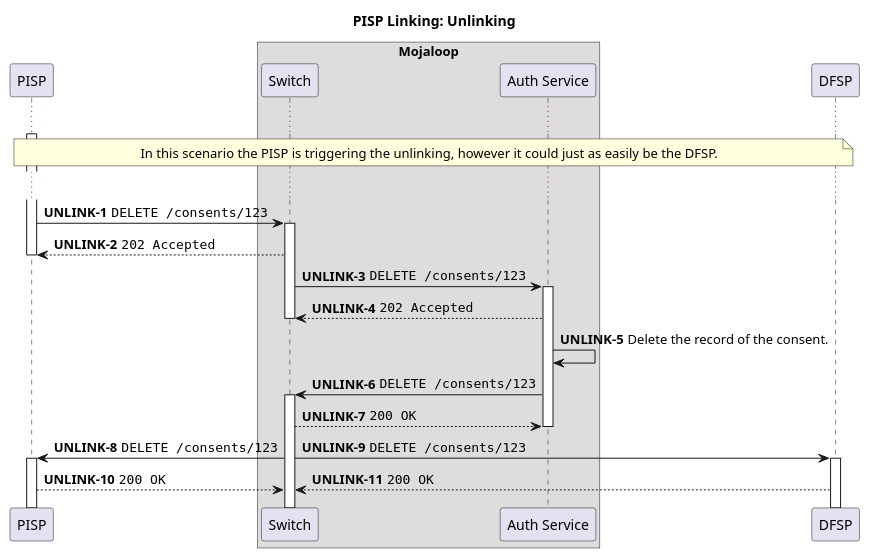
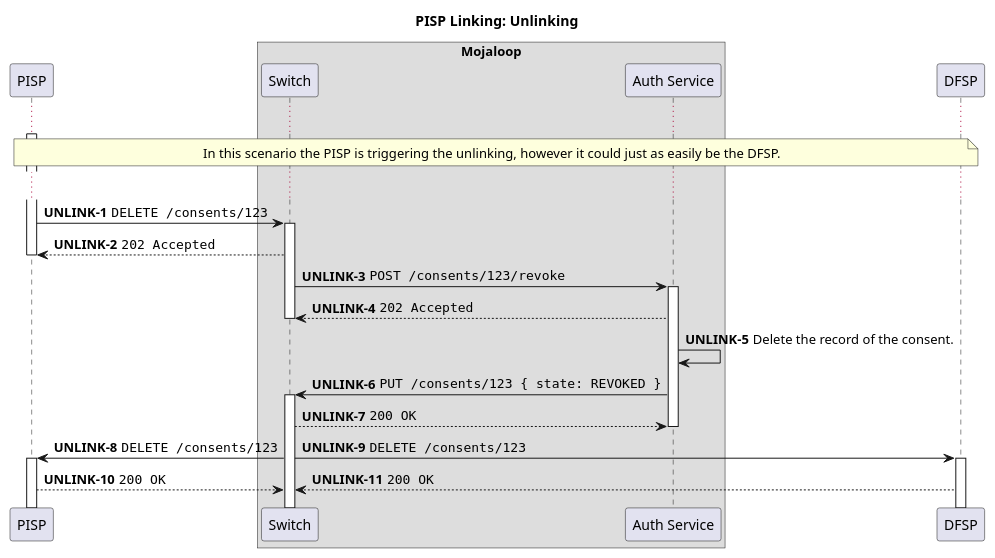
The diagram in docs/linking/unlinking.puml (mojaloop/pisp-project), drawn with PlantUML before and after one commit.

Commit message:
Update unlinking.puml
Changes reflect the fact that Consent is not being DELETED in Auth-Service but revoked

```diff
--- a/docs/linking/unlinking.puml
+++ b/docs/linking/unlinking.puml
@@ -1,51 +1,51 @@
 @startuml
 
 !pragma teoz true
 
 title PISP Linking: Unlinking
 
 participant "PISP" as PISP
 
 box "Mojaloop"
     participant Switch
     participant "Auth Service" as Auth
 end box
 
 participant "DFSP" as DFSP
 
 autonumber 1 "<b>UNLINK-#</b>"
 
 activate PISP
 
 ...
 
 note over PISP, DFSP
   In this scenario the PISP is triggering the unlinking, however it could just as easily be the DFSP.
 end note
 
 ...
 
 PISP -> Switch ++: ""DELETE /consents/123""
 Switch --> PISP: ""202 Accepted""
 deactivate PISP
 
 ' TODO: Do we include the ALS lookup here to figure out which Auth service is
 ' responsible for the given Consent?
 
-Switch -> Auth ++:  ""DELETE /consents/123""
+Switch -> Auth ++:  ""POST /consents/123/revoke""
 Auth --> Switch: ""202 Accepted""
 deactivate Switch
 
 Auth -> Auth: Delete the record of the consent.
 
-Auth -> Switch ++: ""DELETE /consents/123""
+Auth -> Switch ++: ""PUT /consents/123 { state: REVOKED }""
 Switch --> Auth: ""200 OK""
 deactivate Auth
 
 Switch -> PISP ++: ""DELETE /consents/123""
 & Switch -> DFSP ++: ""DELETE /consents/123""
 
 PISP --> Switch: ""200 OK""
 & DFSP --> Switch: ""200 OK""
 
 @enduml
```
